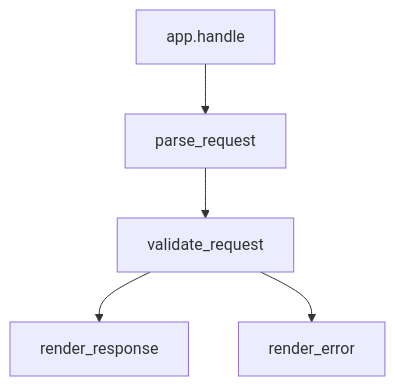
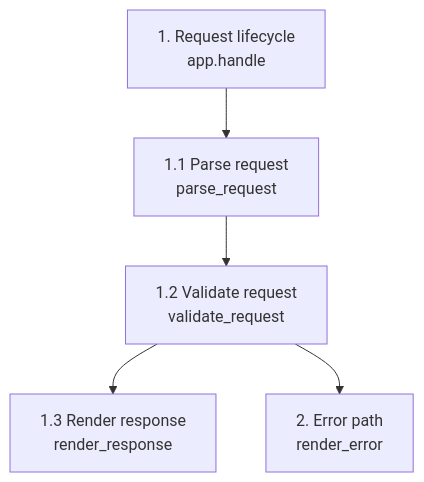
The diagram in demo/basic/.code_reader/walkthrough.md (KudoLayton/code-reader.nvim), drawn with Mermaid before and after one commit.

Commit message:
Clarify demo Mermaid sections

````diff
--- a/demo/basic/.code_reader/walkthrough.md
+++ b/demo/basic/.code_reader/walkthrough.md
@@ -15,7 +15,7 @@
 ```mermaid
 flowchart TD
-  Handle[app.handle] --> Parse[parse_request]
-  Parse --> Validate[validate_request]
-  Validate --> Success[render_response]
-  Validate --> Error[render_error]
+  Handle["1. Request lifecycle<br/>app.handle"] --> Parse["1.1 Parse request<br/>parse_request"]
+  Parse --> Validate["1.2 Validate request<br/>validate_request"]
+  Validate --> Success["1.3 Render response<br/>render_response"]
+  Validate --> Error["2. Error path<br/>render_error"]
 ```
````
